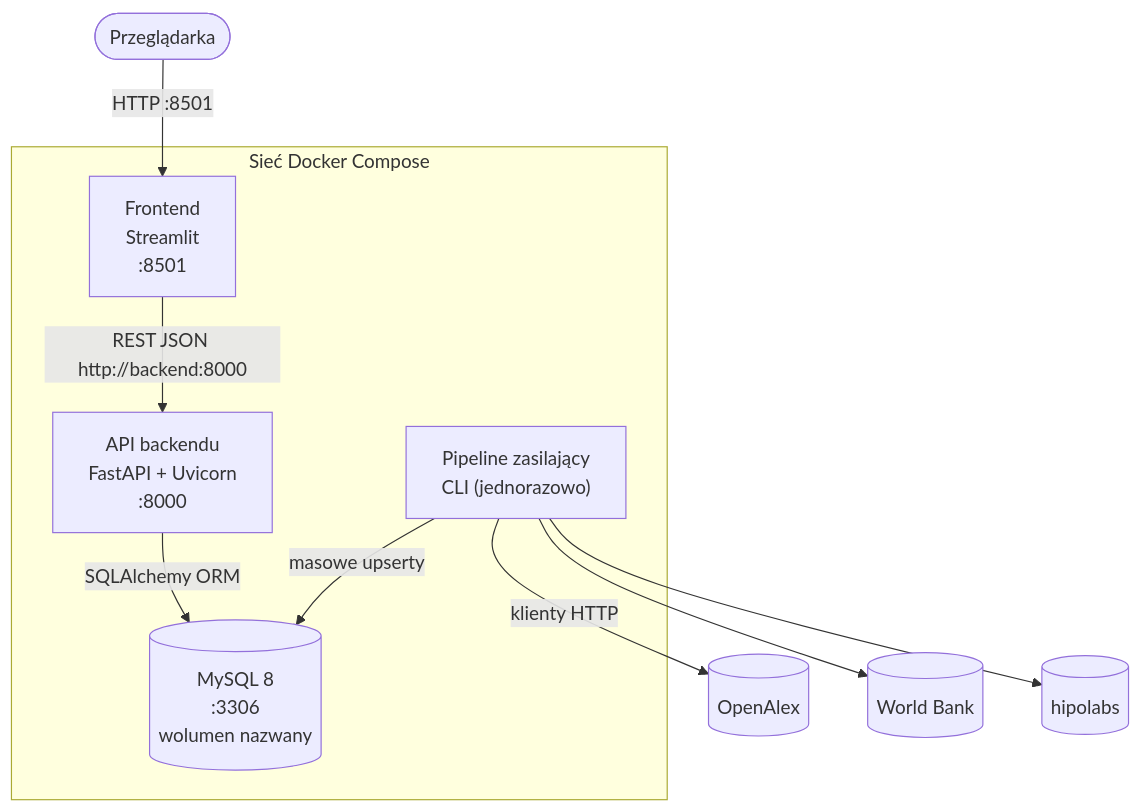
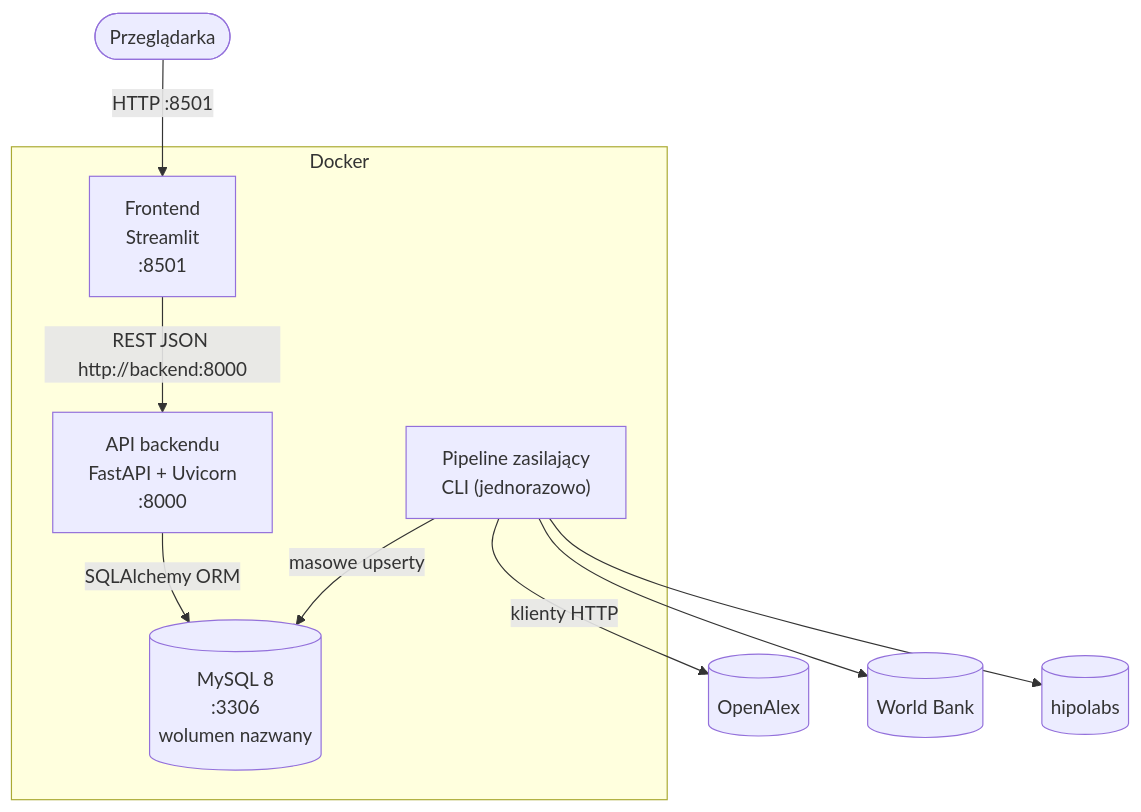
The second of 4 diagrams in docs/architektura.md (wojciech-baraniak05/Scientific-Papers-Graphed), drawn with Mermaid before and after one commit. The commit also changed 1 other file, not shown here.

````diff
--- a/docs/architektura.md
+++ b/docs/architektura.md
@@ -46,23 +46,23 @@
 ```mermaid
 flowchart TB
     user([Przeglądarka])
 
-    subgraph compose[Sieć Docker Compose]
+    subgraph compose[Docker]
         frontend["Frontend\nStreamlit\n:8501"]
         backend["API backendu\nFastAPI + Uvicorn\n:8000"]
         mysql[("MySQL 8\n:3306\nwolumen nazwany")]
         pipeline["Pipeline zasilający\nCLI (jednorazowo)"]
     end
 
     openalex[(OpenAlex)]
     worldbank[(World Bank)]
     hipolabs[(hipolabs)]
 
     user -->|HTTP :8501| frontend
     frontend -->|REST JSON http://backend:8000| backend
     backend -->|SQLAlchemy ORM| mysql
     pipeline -->|klienty HTTP| openalex
     pipeline --> worldbank
     pipeline --> hipolabs
     pipeline -->|masowe upserty| mysql
 ```
````
